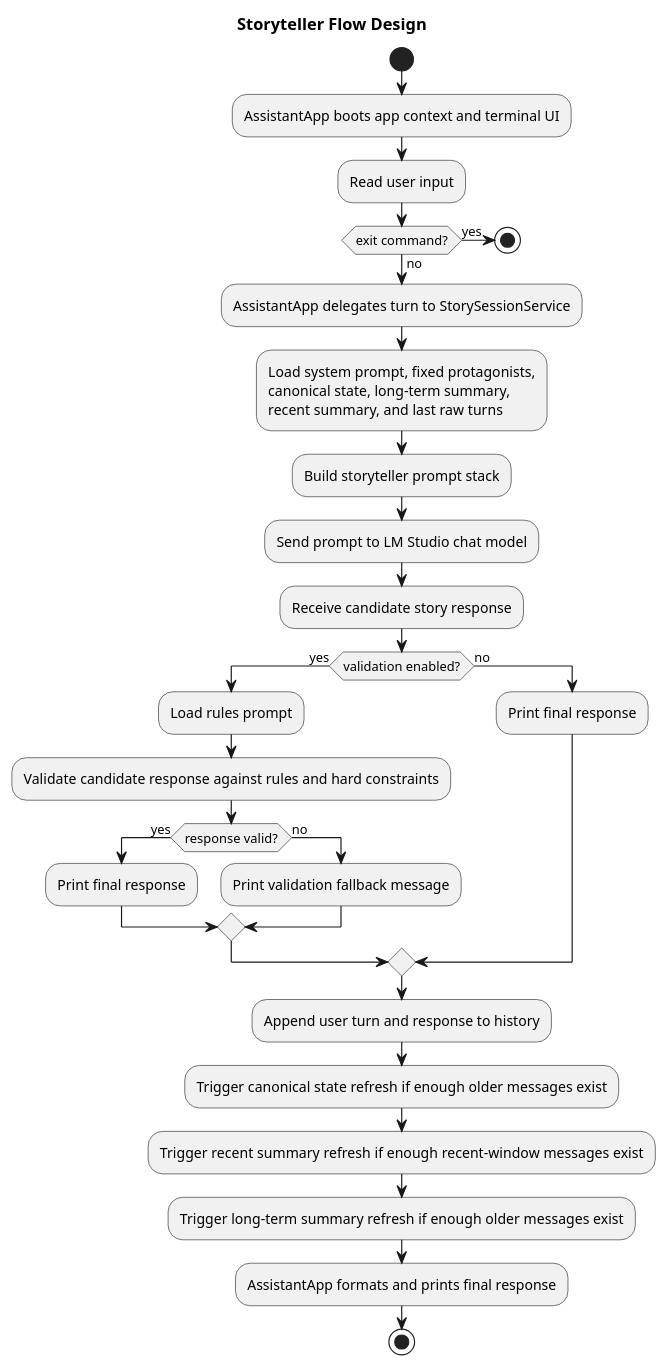
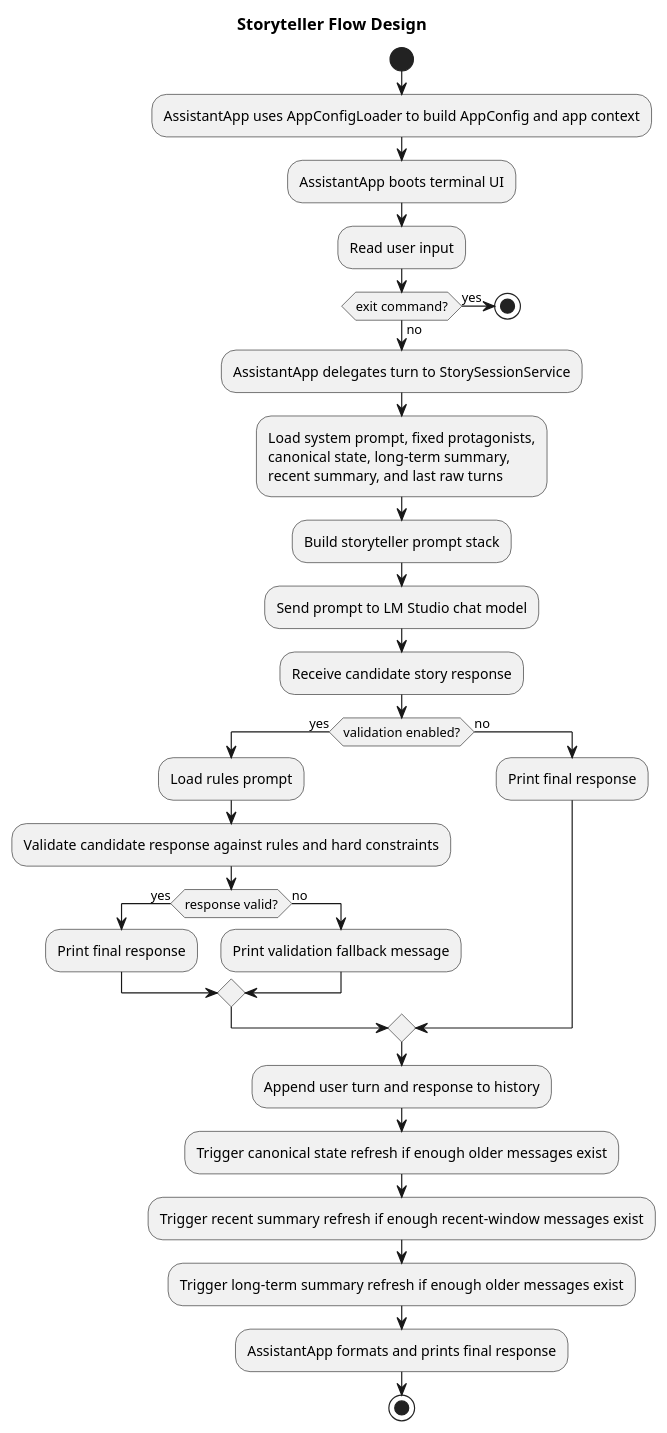
The diagram in docs/architecture/02-storyteller-flow-design.puml (jbrugman/Assistant), drawn with PlantUML before and after one commit. The commit also changed 6 other files, not shown here.

Commit message:
refactor AppConfig

```diff
--- a/docs/architecture/02-storyteller-flow-design.puml
+++ b/docs/architecture/02-storyteller-flow-design.puml
@@ -1,61 +1,63 @@
 @startuml
 title Storyteller Flow Design
 
 start
 
-:AssistantApp boots app context and terminal UI;
+:AssistantApp uses AppConfigLoader to build AppConfig and app context;
+
+:AssistantApp boots terminal UI;
 
 :Read user input;
 
 if (exit command?) then (yes)
 
   stop
 
 else (no)
 
   :AssistantApp delegates turn to StorySessionService;
 
   :Load system prompt, fixed protagonists,\ncanonical state, long-term summary,\nrecent summary, and last raw turns;
 
   :Build storyteller prompt stack;
 
   :Send prompt to LM Studio chat model;
 
   :Receive candidate story response;
 
   if (validation enabled?) then (yes)
 
     :Load rules prompt;
 
     :Validate candidate response against rules and hard constraints;
 
     if (response valid?) then (yes)
 
       :Print final response;
 
     else (no)
 
       :Print validation fallback message;
 
     endif
 
   else (no)
 
     :Print final response;
 
   endif
 
   :Append user turn and response to history;
 
   :Trigger canonical state refresh if enough older messages exist;
 
   :Trigger recent summary refresh if enough recent-window messages exist;
 
   :Trigger long-term summary refresh if enough older messages exist;
 
   :AssistantApp formats and prints final response;
 
 endif
 
 stop
 @enduml
```
